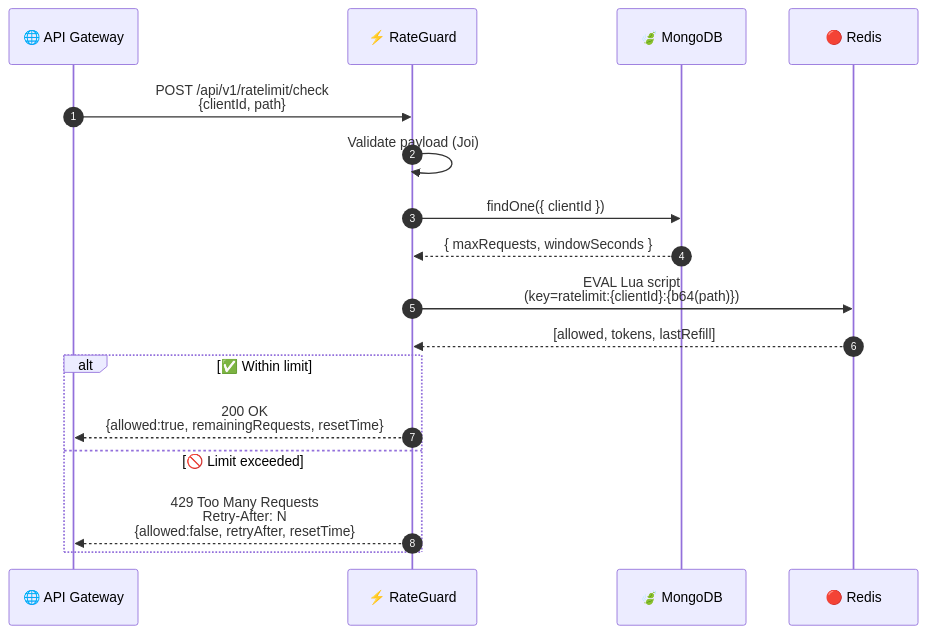
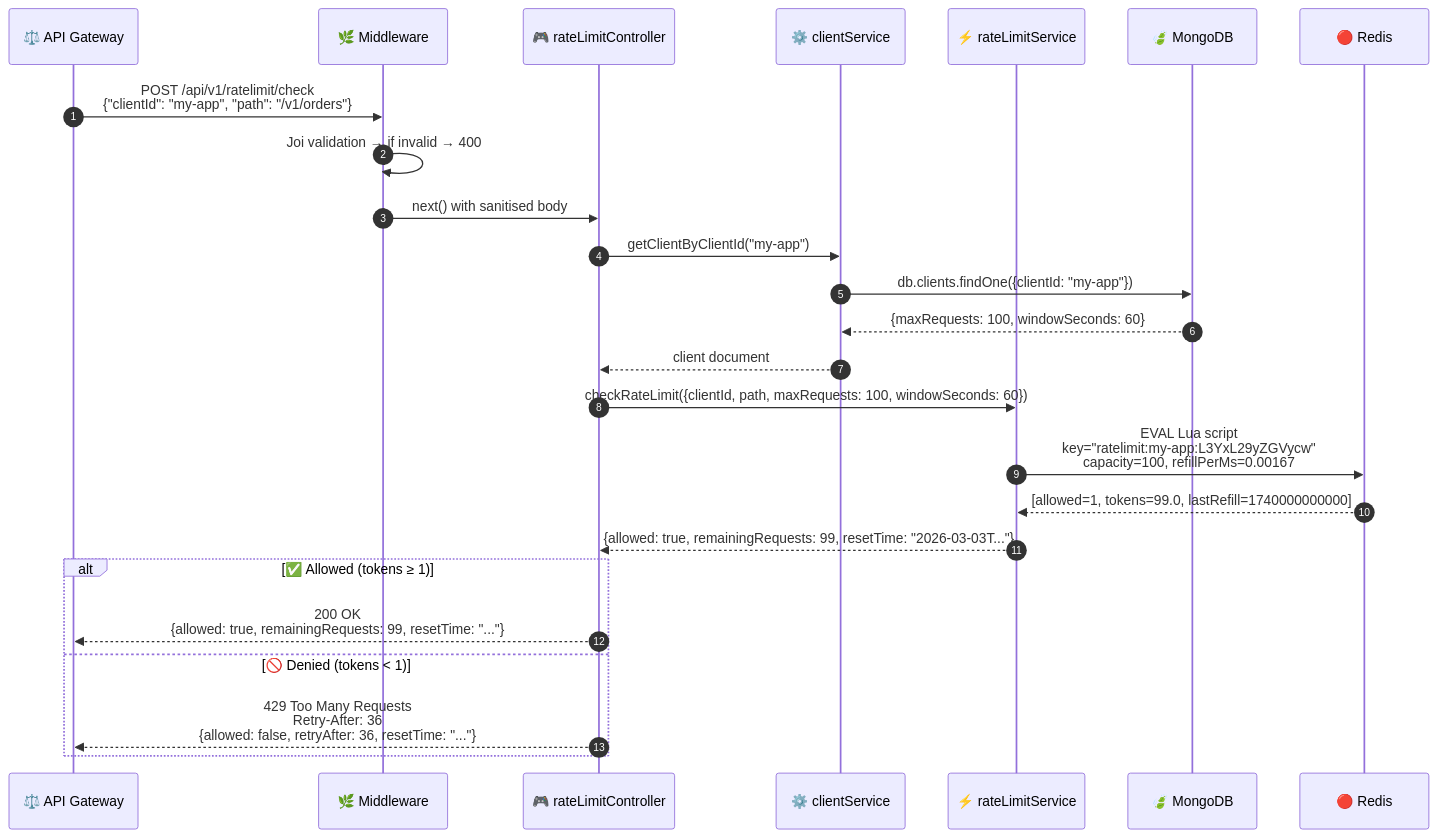
Before and after one commit to ramalokeshreddyp/RateGuard: the second of 7 diagrams in README.md, drawn with Mermaid. The commit also changed other lines of this file and 2 other files, not shown here.

Commit message:
docs: comprehensive rewrite of README, ARCHITECTURE, and projectdocumentation with rich MermaidJS diagrams

````diff
--- a/README.md
+++ b/README.md
@@ -74,21 +218,29 @@
 ```mermaid
 sequenceDiagram
     autonumber
-    participant G as 🌐 API Gateway
-    participant A as ⚡ RateGuard
-    participant M as 🍃 MongoDB
-    participant R as 🔴 Redis
+    participant GW as ⚖️ API Gateway
+    participant MW as 🌿 Middleware
+    participant RC as 🎮 rateLimitController
+    participant CS as ⚙️ clientService
+    participant RLS as ⚡ rateLimitService
+    participant MDB as 🍃 MongoDB
+    participant RDS as 🔴 Redis
 
-    G->>A: POST /api/v1/ratelimit/check<br/>{clientId, path}
-    A->>A: Validate payload (Joi)
-    A->>M: findOne({ clientId })
-    M-->>A: { maxRequests, windowSeconds }
-    A->>R: EVAL Lua script<br/>(key=ratelimit:{clientId}:{b64(path)})
-    R-->>A: [allowed, tokens, lastRefill]
+    GW->>MW: POST /api/v1/ratelimit/check<br/>{"clientId": "my-app", "path": "/v1/orders"}
+    MW->>MW: Joi validation → if invalid → 400
+    MW->>RC: next() with sanitised body
+    RC->>CS: getClientByClientId("my-app")
+    CS->>MDB: db.clients.findOne({clientId: "my-app"})
+    MDB-->>CS: {maxRequests: 100, windowSeconds: 60}
+    CS-->>RC: client document
+    RC->>RLS: checkRateLimit({clientId, path, maxRequests: 100, windowSeconds: 60})
+    RLS->>RDS: EVAL Lua script<br/>key="ratelimit:my-app:L3YxL29yZGVycw"<br/>capacity=100, refillPerMs=0.00167
+    RDS-->>RLS: [allowed=1, tokens=99.0, lastRefill=1740000000000]
+    RLS-->>RC: {allowed: true, remainingRequests: 99, resetTime: "2026-03-03T..."}
 
-    alt ✅ Within limit
-        A-->>G: 200 OK<br/>{allowed:true, remainingRequests, resetTime}
-    else 🚫 Limit exceeded
-        A-->>G: 429 Too Many Requests<br/>Retry-After: N<br/>{allowed:false, retryAfter, resetTime}
+    alt ✅ Allowed (tokens ≥ 1)
+        RC-->>GW: 200 OK<br/>{allowed: true, remainingRequests: 99, resetTime: "..."}
+    else 🚫 Denied (tokens < 1)
+        RC-->>GW: 429 Too Many Requests<br/>Retry-After: 36<br/>{allowed: false, retryAfter: 36, resetTime: "..."}
     end
 ```
````
